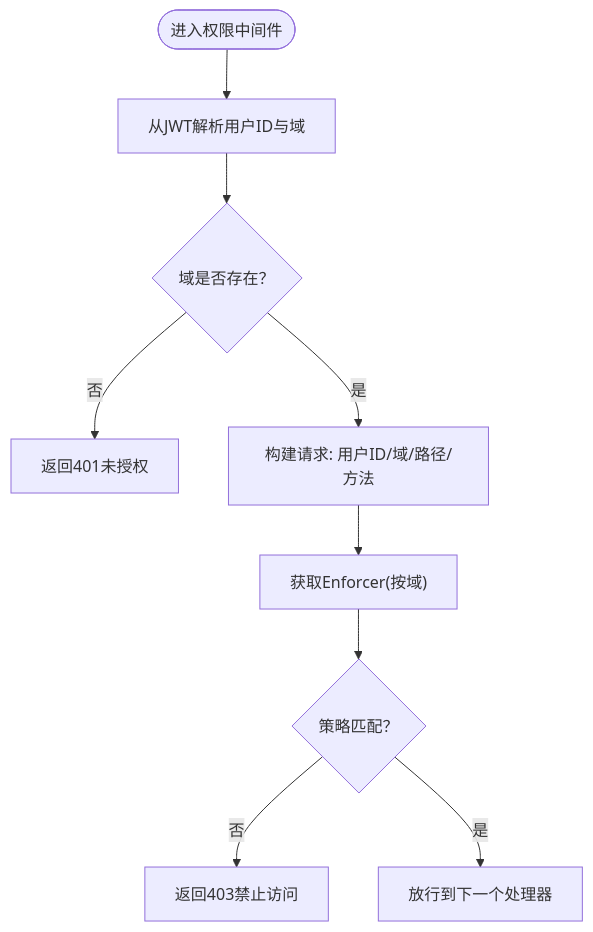
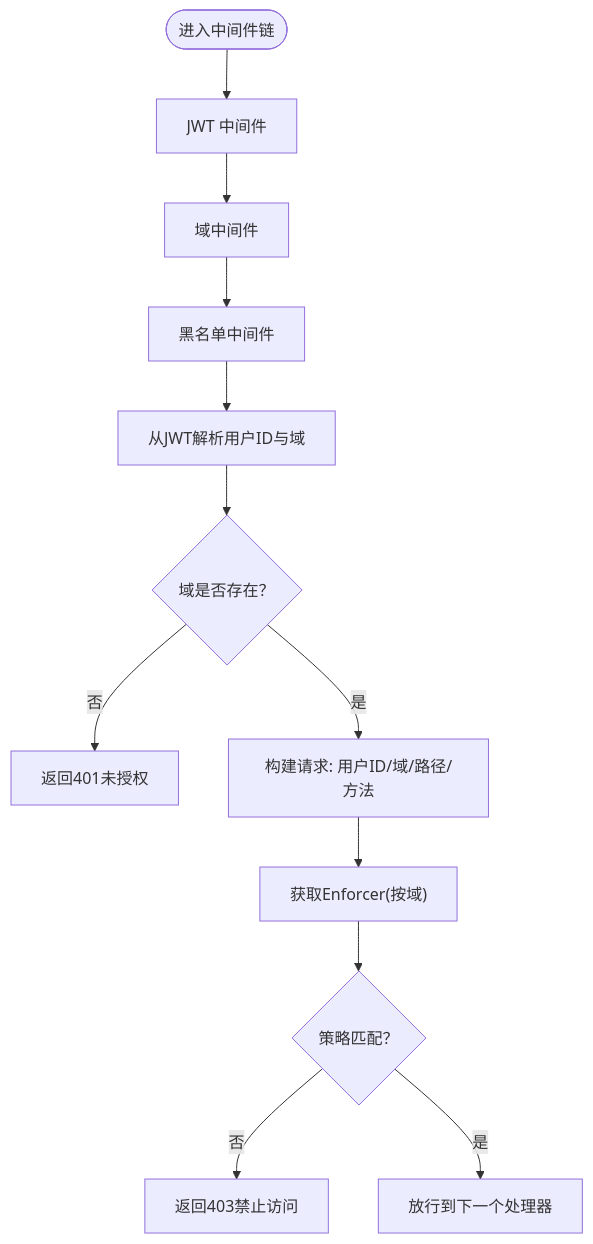
One commit to wuwuseo/e-sports-go-admin changed the sixth of 9 diagrams in .qoder/repowiki/zh/content/扩展开发/扩展开发.md. Above: the diagram before and after it, drawn with Mermaid. The commit also changed other lines of this file and 42 other files, not shown here.

````diff
--- a/.qoder/repowiki/zh/content/扩展开发/扩展开发.md
+++ b/.qoder/repowiki/zh/content/扩展开发/扩展开发.md
@@ -170,11 +311,14 @@
 ```mermaid
 flowchart TD
-Start(["进入权限中间件"]) --> ParseClaims["从JWT解析用户ID与域"]
+Start(["进入中间件链"]) --> JWT["JWT 中间件"]
+JWT --> Domain["域中间件"]
+Domain --> Blacklist["黑名单中间件"]
+Blacklist --> ParseClaims["从JWT解析用户ID与域"]
 ParseClaims --> HasDomain{"域是否存在？"}
 HasDomain --> |否| Deny["返回401未授权"]
 HasDomain --> |是| BuildReq["构建请求: 用户ID/域/路径/方法"]
 BuildReq --> GetEnforcer["获取Enforcer(按域)"]
 GetEnforcer --> Enforce{"策略匹配？"}
 Enforce --> |否| Forbidden["返回403禁止访问"]
 Enforce --> |是| Next["放行到下一个处理器"]
 ```
````
